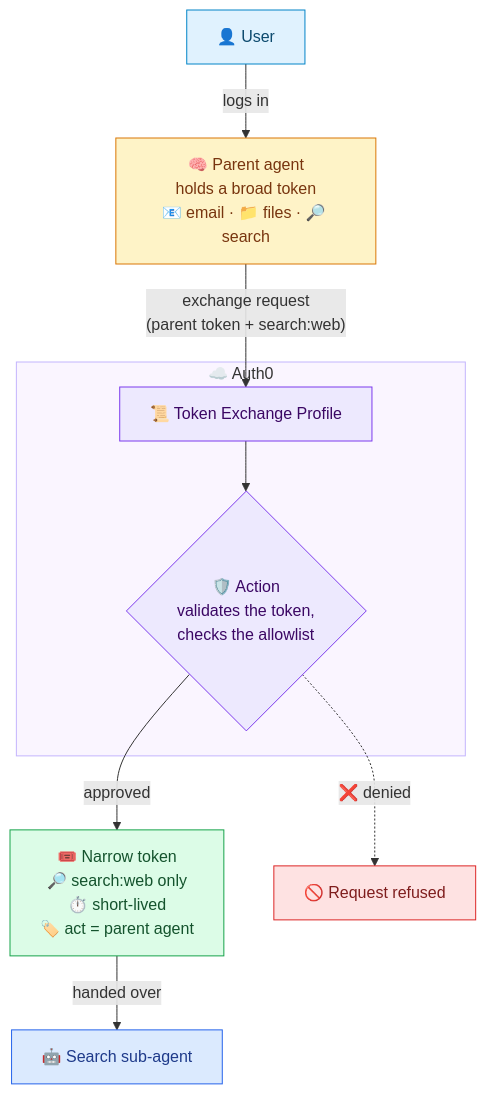
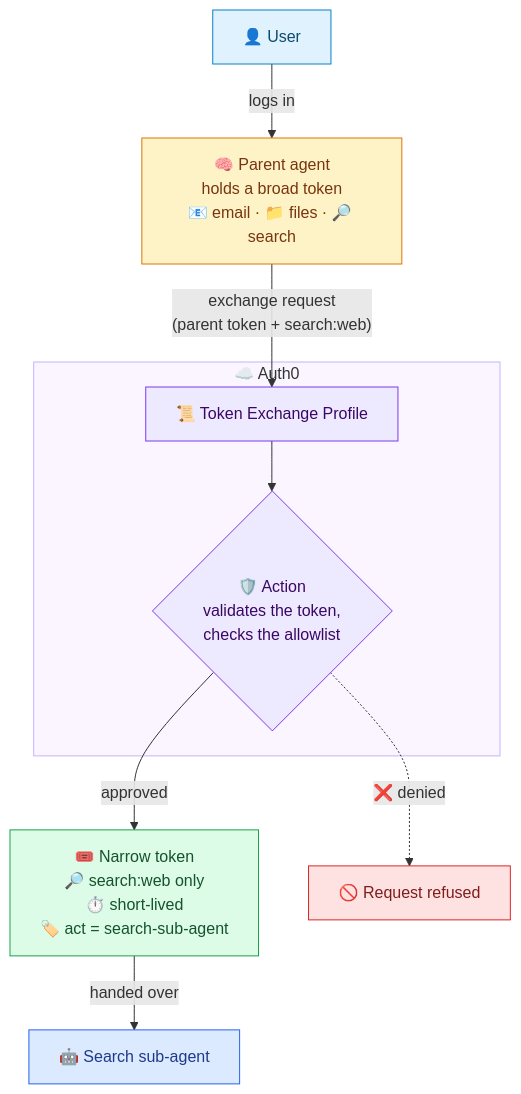
The diagram in README.md (manishh/auth0-agent-token-exchange-demo), drawn with Mermaid before and after one commit. The commit also changed 3 other files, not shown here.

Commit message:
Agent token-exchange demo using Auth0 CTE

````diff
--- a/README.md
+++ b/README.md
@@ -13,33 +13,33 @@
 ```mermaid
 flowchart TD
     U["👤 User"]
     P["🧠 Parent agent<br/>holds a broad token<br/>📧 email · 📁 files · 🔎 search"]
     S["🤖 Search sub-agent"]
-    N["🎟️ Narrow token<br/>🔎 search:web only<br/>⏱️ short-lived<br/>🏷️ act = parent agent"]
+    N["🎟️ Narrow token<br/>🔎 search:web only<br/>⏱️ short-lived<br/>🏷️ act = search-sub-agent"]
     D["🚫 Request refused"]
 
     U -->|"logs in"| P
     P -->|"exchange request<br/>(parent token + search:web)"| X
 
     subgraph AUTH0 ["☁️ Auth0"]
         X["📜 Token Exchange Profile"] --> C{"🛡️ Action<br/>validates the token,<br/>checks the allowlist"}
     end
 
     C -->|"approved"| N
     C -.->|"❌ denied"| D
     N -->|"handed over"| S
 
     classDef user fill:#e0f2fe,stroke:#0284c7,color:#0c4a6e
     classDef parent fill:#fef3c7,stroke:#d97706,color:#78350f
     classDef auth fill:#ede9fe,stroke:#7c3aed,color:#3b0764
     classDef good fill:#dcfce7,stroke:#16a34a,color:#14532d
     classDef bad fill:#fee2e2,stroke:#dc2626,color:#7f1d1d
     classDef sub fill:#dbeafe,stroke:#2563eb,color:#1e3a8a
     class U user
     class P parent
     class X,C auth
     class N good
     class D bad
     class S sub
     style AUTH0 fill:#faf5ff,stroke:#c4b5fd
 ```
````
